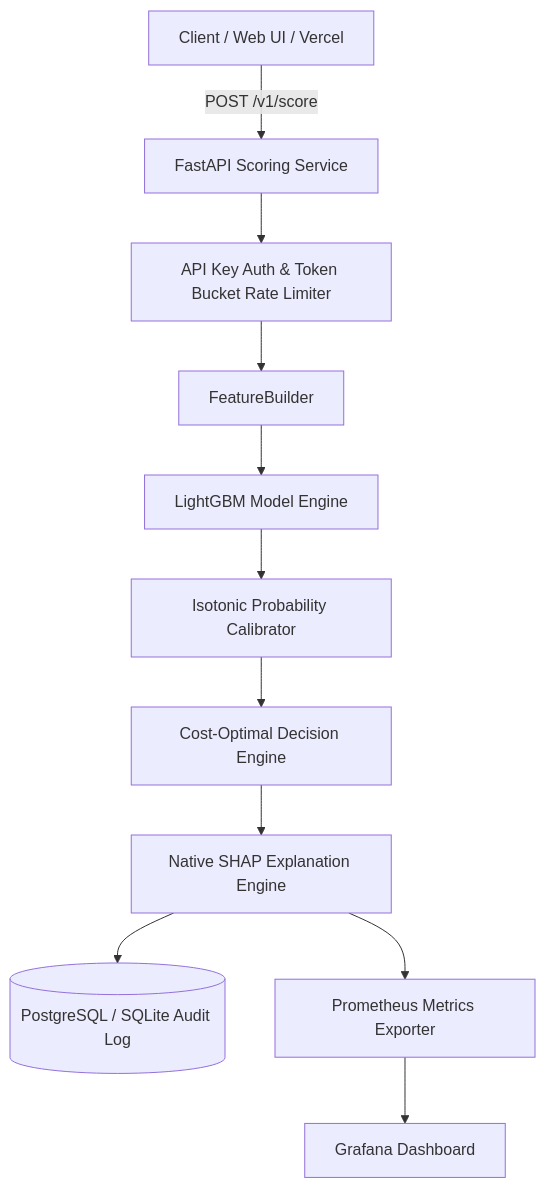
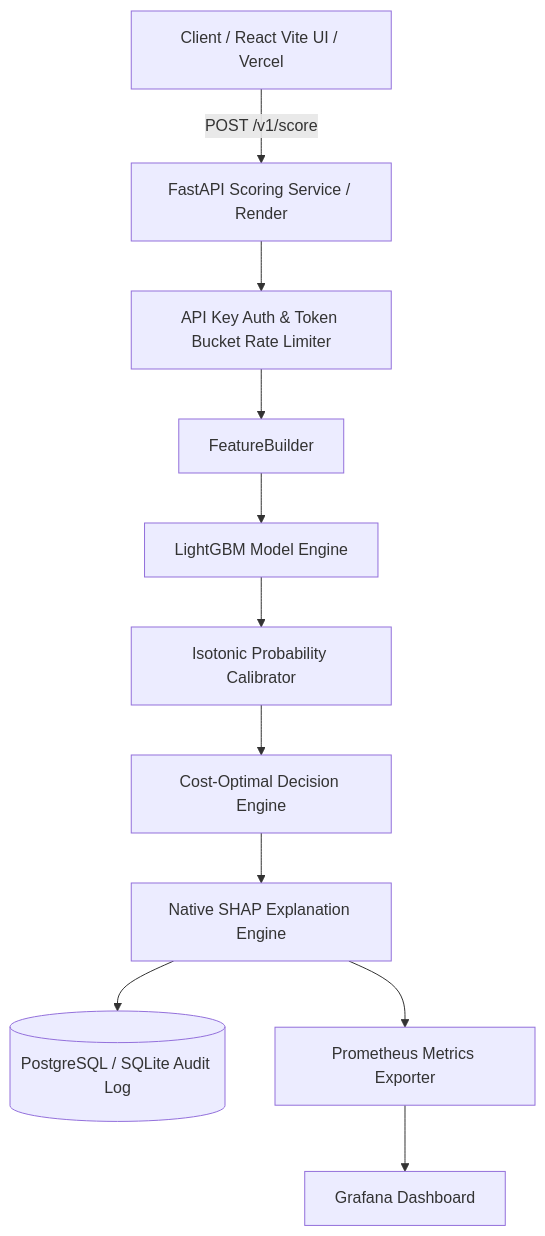
One commit to AshokSingodia-Codes/fraud-scoring-service changed the diagram in README.md. Above: the diagram before and after it, drawn with Mermaid. The commit also changed other lines of this file, not shown here.

Commit message:
docs: update README with repository URL and React frontend guide

````diff
--- a/README.md
+++ b/README.md
@@ -14,13 +16,13 @@
 ```mermaid
 flowchart TD
-    Client[Client / Web UI / Vercel] -->|POST /v1/score| API[FastAPI Scoring Service]
+    Client[Client / React Vite UI / Vercel] -->|POST /v1/score| API[FastAPI Scoring Service / Render]
     API --> Auth[API Key Auth & Token Bucket Rate Limiter]
     Auth --> FB[FeatureBuilder]
     FB --> LGBM[LightGBM Model Engine]
     LGBM --> Calib[Isotonic Probability Calibrator]
     Calib --> Thresh[Cost-Optimal Decision Engine]
     Thresh --> SHAP[Native SHAP Explanation Engine]
     SHAP --> DB[(PostgreSQL / SQLite Audit Log)]
     SHAP --> Prom[Prometheus Metrics Exporter]
     Prom --> Grafana[Grafana Dashboard]
 ```
````
